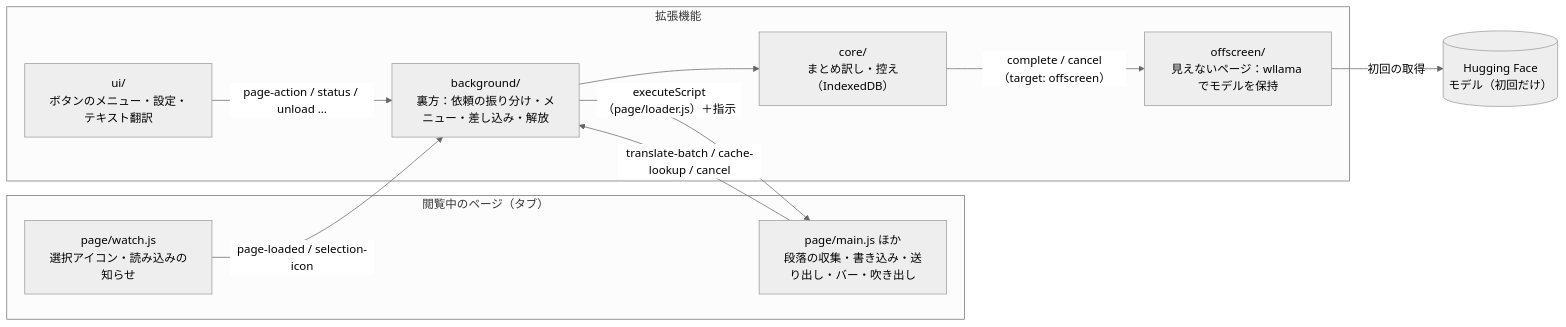
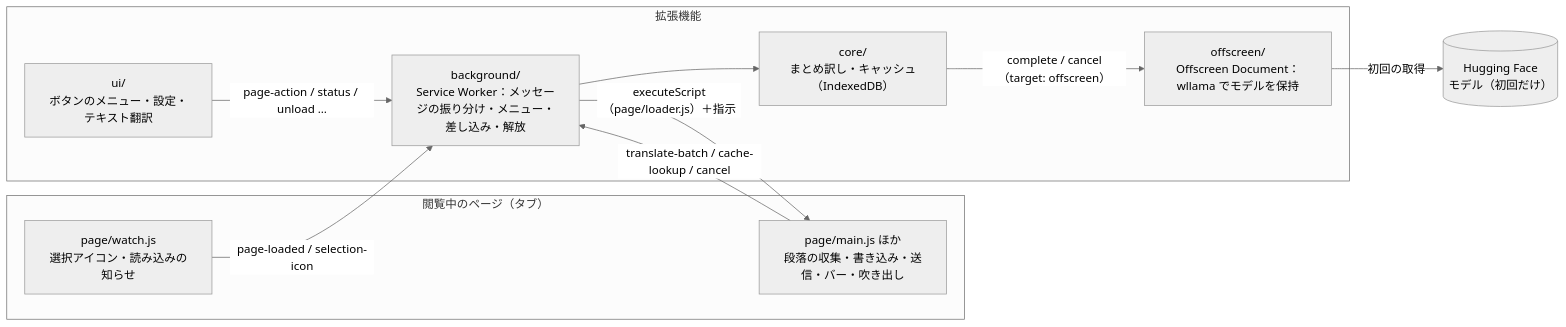
One commit to kagerouttepaso/Mockingword-browser changed the diagram in docs/02_アーキテクチャ.md. Above: the diagram before and after it, drawn with Mermaid (neutral theme). The commit also changed other lines of this file and 79 other files, not shown here.

````diff
--- a/docs/02_アーキテクチャ.md
+++ b/docs/02_アーキテクチャ.md
@@ -19,21 +22,21 @@
 ```mermaid
 flowchart LR
   subgraph Page["閲覧中のページ（タブ）"]
     watch["page/watch.js<br>選択アイコン・読み込みの知らせ"]
-    pageMain["page/main.js ほか<br>段落の収集・書き込み・送り出し・バー・吹き出し"]
+    pageMain["page/main.js ほか<br>段落の収集・書き込み・送信・バー・吹き出し"]
   end
   subgraph Ext["拡張機能"]
-    bg["background/<br>裏方：依頼の振り分け・メニュー・差し込み・解放"]
-    core["core/<br>まとめ訳し・控え（IndexedDB）"]
-    off["offscreen/<br>見えないページ：wllama でモデルを保持"]
+    bg["background/<br>Service Worker：メッセージの振り分け・メニュー・差し込み・解放"]
+    core["core/<br>まとめ訳し・キャッシュ（IndexedDB）"]
+    off["offscreen/<br>Offscreen Document：wllama でモデルを保持"]
     ui["ui/<br>ボタンのメニュー・設定・テキスト翻訳"]
   end
   HF[("Hugging Face<br>モデル（初回だけ）")]
   watch -- "page-loaded / selection-icon" --> bg
   bg -- "executeScript（page/loader.js）＋指示" --> pageMain
   pageMain -- "translate-batch / cache-lookup / cancel" --> bg
   ui -- "page-action / status / unload …" --> bg
   bg --> core
   core -- "complete / cancel（target: offscreen）" --> off
   off -- "初回の取得" --> HF
 ```
````
